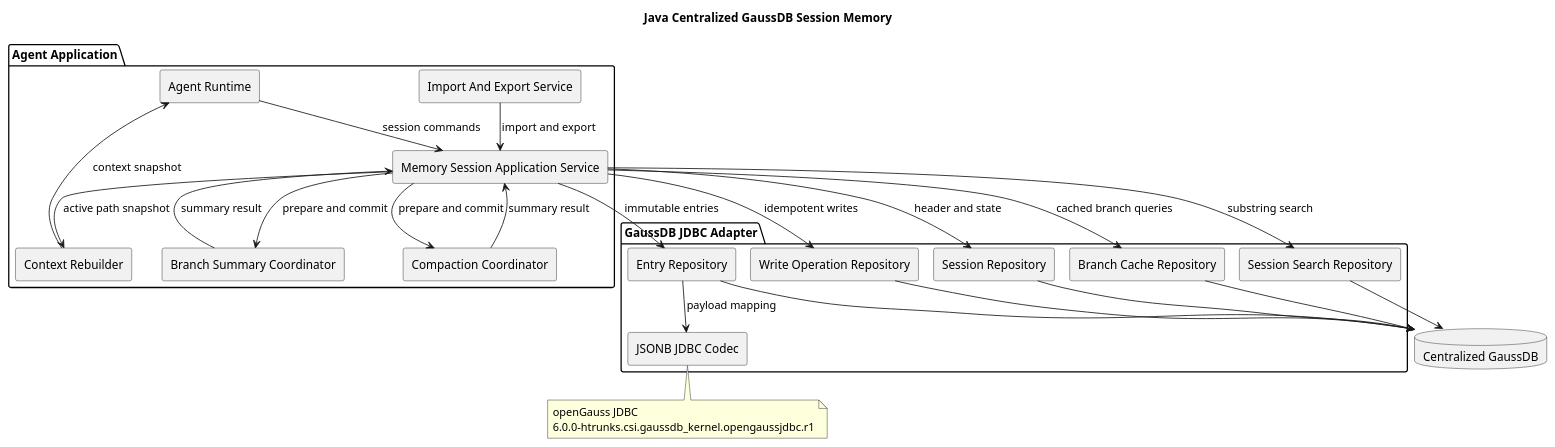
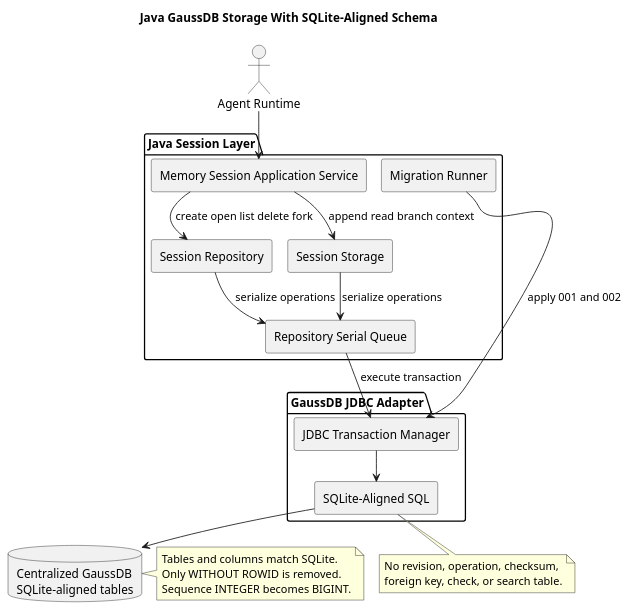
Before and after one commit to superheromeZzh/pi-mono-java-design: the first of 4 diagrams in diagrams/memory/diagram.puml, drawn with PlantUML. The commit also changed other lines of this file and 5 other files, not shown here.

Commit message:
docs(memory): match GaussDB schema to SQLite

```diff
--- a/diagrams/memory/diagram.puml
+++ b/diagrams/memory/diagram.puml
@@ -1,65 +1,55 @@
 @startuml memory-architecture
 !pragma layout smetana
-title Java Centralized GaussDB Session Memory
+title Java GaussDB Storage With SQLite-Aligned Schema
 skinparam backgroundColor #FFFFFF
 skinparam componentStyle rectangle
 
 ' Source evidence:
 ' - badlogic/pi-mono@f0deb8dd8e9611e89b5bc4145ca92c03ae6ed4ee
 ' - packages/agent/src/harness/types.ts: SessionStorage
 ' - packages/agent/src/harness/session/repository.ts: SessionRepository
-' - packages/agent/src/harness/session/session.ts: Session and buildSessionContext
-' - packages/storage/sqlite-node/src/sqlite/storage/index.ts: SqliteSessionConnection
-' - packages/storage/sqlite-node/src/sqlite/storage/branch-cache.ts: CachedBranch and rebuildCachedBranch
-' - packages/storage/sqlite-node/src/sqlite/search-backend.ts: ensureSearchSchema and search
-' Observed behavior: pi separates session semantics from storage in the new harness.
-' Design reason: keep context semantics in Java and make GaussDB the durable source.
-' Java divergence: JDBC revisions and idempotency are target-only; session storage behavior aligns with SQLite.
-' Product constraint: this design has no tenant model or cross-session memory.
+' - packages/storage/sqlite-node/src/sqlite/repo.ts: SqliteSessionBackend
+' - packages/storage/sqlite-node/src/sqlite/migrations.ts: applyMigrations
+' Observed behavior: one serialized repository owns SQLite session operations.
+' Target adaptation: replace the driver and SQL dialect without changing table or column names.
+' Design reason: the user requires physical SQLite schema alignment and no database extensions.
 
-package "Agent Application" {
-  [Agent Runtime] as runtime
-  [Memory Session Application Service] as memory
-  [Context Rebuilder] as context
-  [Compaction Coordinator] as compact
-  [Branch Summary Coordinator] as branch
-  [Import And Export Service] as migration
+actor "Agent Runtime" as runtime
+
+package "Java Session Layer" {
+  [Memory Session Application Service] as app
+  [Session Repository] as repository
+  [Session Storage] as storage
+  [Migration Runner] as migration
+  [Repository Serial Queue] as queue
 }
 
 package "GaussDB JDBC Adapter" {
-  [Session Repository] as sessionRepo
-  [Entry Repository] as entryRepo
-  [Branch Cache Repository] as branchRepo
-  [Session Search Repository] as searchRepo
-  [Write Operation Repository] as operationRepo
-  [JSONB JDBC Codec] as jsonCodec
+  [JDBC Transaction Manager] as tx
+  [SQLite-Aligned SQL] as sql
 }
 
-database "Centralized GaussDB" as db
+database "Centralized GaussDB\nSQLite-aligned tables" as db
 
-runtime --> memory : session commands
-memory --> context : active path snapshot
-memory --> compact : prepare and commit
-memory --> branch : prepare and commit
-migration --> memory : import and export
-memory --> sessionRepo : header and state
-memory --> entryRepo : immutable entries
-memory --> branchRepo : cached branch queries
-memory --> searchRepo : substring search
-memory --> operationRepo : idempotent writes
-entryRepo --> jsonCodec : payload mapping
-sessionRepo --> db
-entryRepo --> db
-branchRepo --> db
-searchRepo --> db
-operationRepo --> db
-compact --> memory : summary result
-branch --> memory : summary result
-context --> runtime : context snapshot
+runtime --> app
+app --> repository : create open list delete fork
+app --> storage : append read branch context
+repository --> queue : serialize operations
+storage --> queue : serialize operations
+queue --> tx : execute transaction
+migration --> tx : apply 001 and 002
+tx --> sql
+sql --> db
 
-note bottom of jsonCodec
-openGauss JDBC
-6.0.0-htrunks.csi.gaussdb_kernel.opengaussjdbc.r1
+note right of db
+Tables and columns match SQLite.
+Only WITHOUT ROWID is removed.
+Sequence INTEGER becomes BIGINT.
+end note
+
+note bottom of sql
+No revision, operation, checksum,
+foreign key, check, or search table.
 end note
 
 @enduml
```
